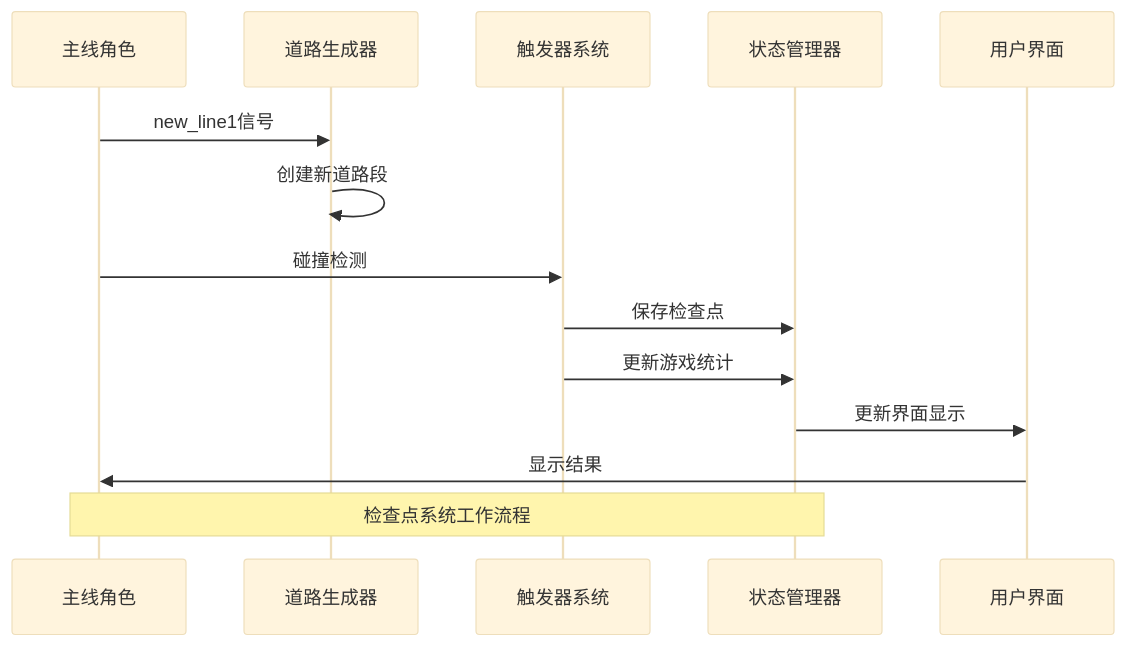
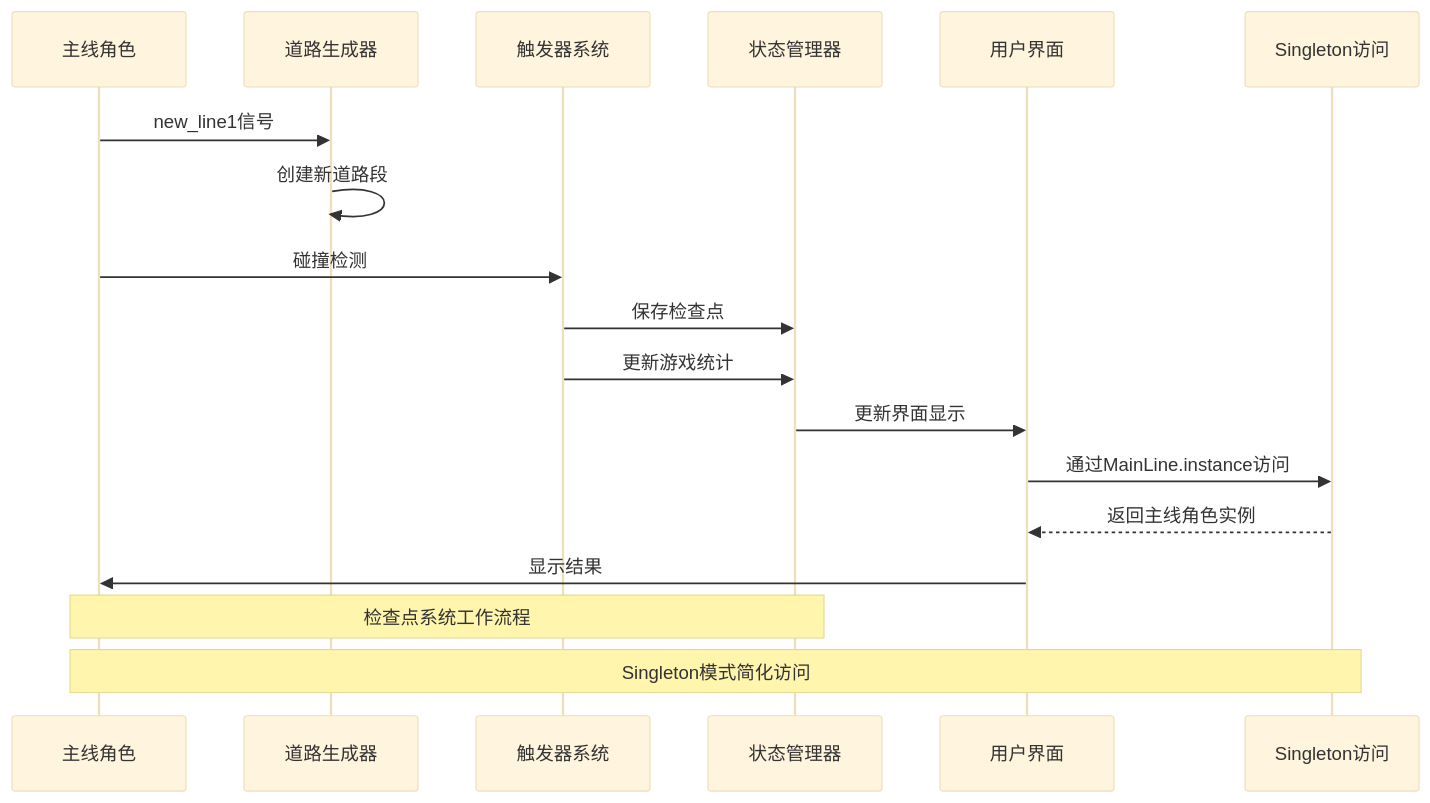
One commit to godotline/godot-line changed the second of 13 diagrams in .qoder/repowiki/zh/content/Mainline Script.md. Above: the diagram before and after it, drawn with Mermaid (base theme). The commit also changed other lines of this file and 28 other files, not shown here.

````diff
--- a/.qoder/repowiki/zh/content/Mainline Script.md
+++ b/.qoder/repowiki/zh/content/Mainline Script.md
@@ -117,16 +137,20 @@
 ```mermaid
 sequenceDiagram
 participant Player as 主线角色
 participant Road as 道路生成器
 participant Trigger as 触发器系统
 participant State as 状态管理器
 participant UI as 用户界面
+participant Singleton as Singleton访问
 Player->>Road : new_line1信号
 Road->>Road : 创建新道路段
 Player->>Trigger : 碰撞检测
 Trigger->>State : 保存检查点
 Trigger->>State : 更新游戏统计
 State->>UI : 更新界面显示
+UI->>Singleton : 通过MainLine.instance访问
+Singleton-->>UI : 返回主线角色实例
 UI->>Player : 显示结果
 Note over Player,State : 检查点系统工作流程
+Note over Singleton,Player : Singleton模式简化访问
 ```
````
